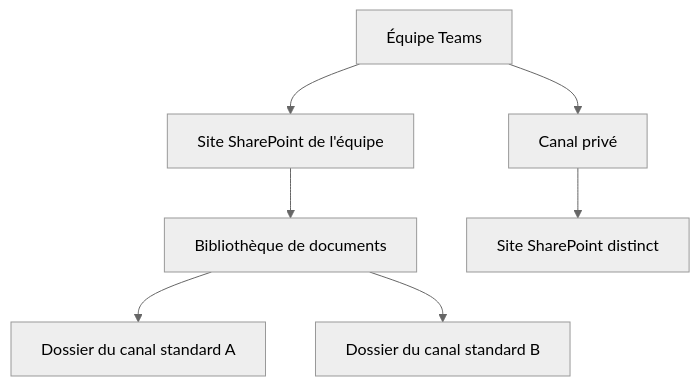
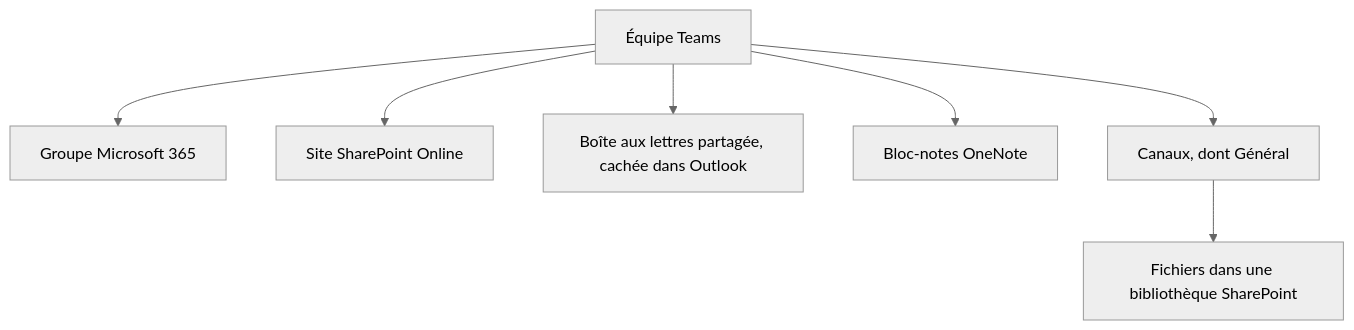
Before and after one commit to sk34pk25/tssr-cours: the diagram in docs/modules/03-microsoft-365-outils-collaboratifs/module-05-exploiter-teams-sharepoint-et-onedrive.md, drawn with Mermaid (neutral theme). The commit also changed other lines of this file and 11 other files, not shown here.

````diff
--- a/docs/modules/03-microsoft-365-outils-collaboratifs/module-05-exploiter-teams-sharepoint-et-onedrive.md
+++ b/docs/modules/03-microsoft-365-outils-collaboratifs/module-05-exploiter-teams-sharepoint-et-onedrive.md
@@ -93,9 +108,9 @@
 ```mermaid
 flowchart TD
-    T["Équipe Teams"] --> S["Site SharePoint de l'équipe"]
-    S --> B["Bibliothèque de documents"]
-    B --> C1["Dossier du canal standard A"]
-    B --> C2["Dossier du canal standard B"]
-    T --> P["Canal privé"]
-    P --> PS["Site SharePoint distinct"]
+    T["Équipe Teams"] --> G["Groupe Microsoft 365"]
+    T --> S["Site SharePoint Online"]
+    T --> B["Boîte aux lettres partagée, cachée dans Outlook"]
+    T --> N["Bloc-notes OneNote"]
+    T --> C["Canaux, dont Général"]
+    C --> F["Fichiers dans une bibliothèque SharePoint"]
 ```
````
